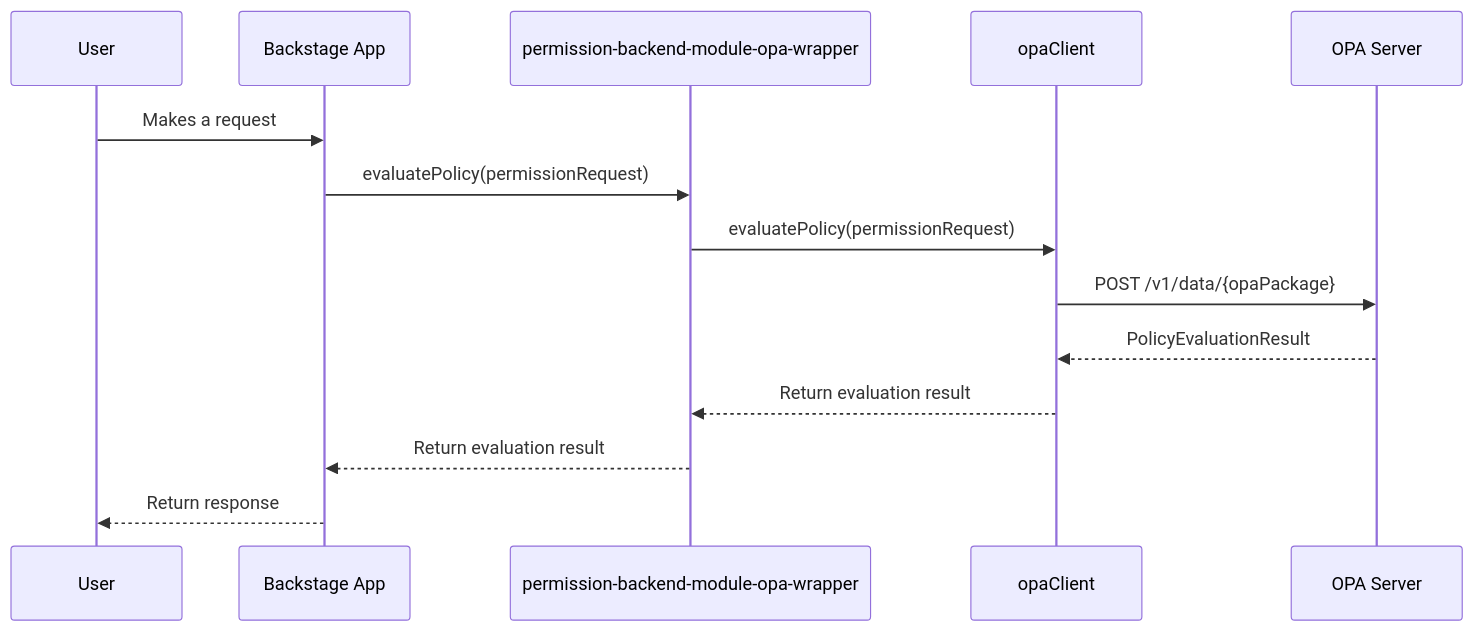
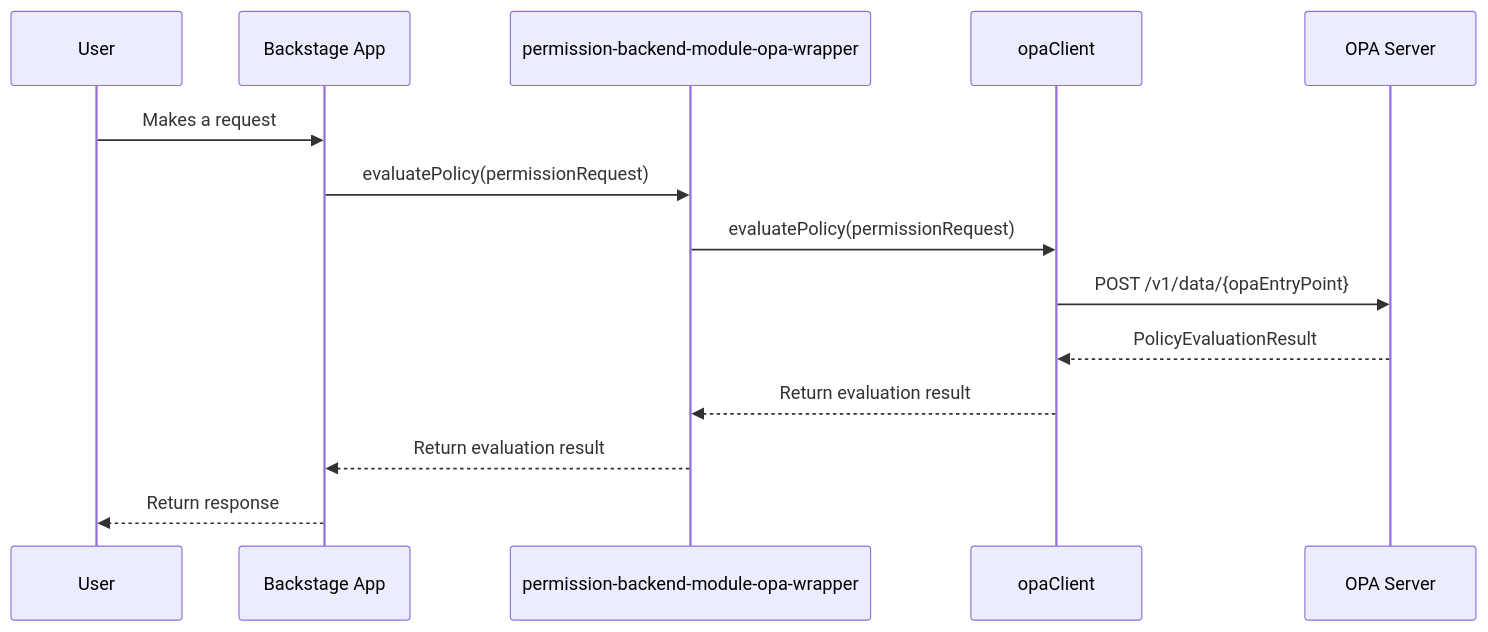
The third of 3 diagrams in docs/opa-plugins-architecture.md (Parsifal-M/backstage-opa-plugins), drawn with Mermaid before and after one commit. The commit also changed other lines of this file and 8 other files, not shown here.

````diff
--- a/docs/opa-plugins-architecture.md
+++ b/docs/opa-plugins-architecture.md
@@ -48,17 +48,17 @@
 ```mermaid
 sequenceDiagram
     participant User
     participant Backstage App
     participant permission-backend-module-opa-wrapper
     participant opaClient
     participant OPA Server
 
     User->>Backstage App: Makes a request
     Backstage App->>permission-backend-module-opa-wrapper: evaluatePolicy(permissionRequest)
     permission-backend-module-opa-wrapper->>opaClient: evaluatePolicy(permissionRequest)
-    opaClient->>OPA Server: POST /v1/data/{opaPackage}
+    opaClient->>OPA Server: POST /v1/data/{opaEntryPoint}
     OPA Server-->>opaClient: PolicyEvaluationResult
     opaClient-->>permission-backend-module-opa-wrapper: Return evaluation result
     permission-backend-module-opa-wrapper-->>Backstage App: Return evaluation result
     Backstage App-->>User: Return response
 ```
````
